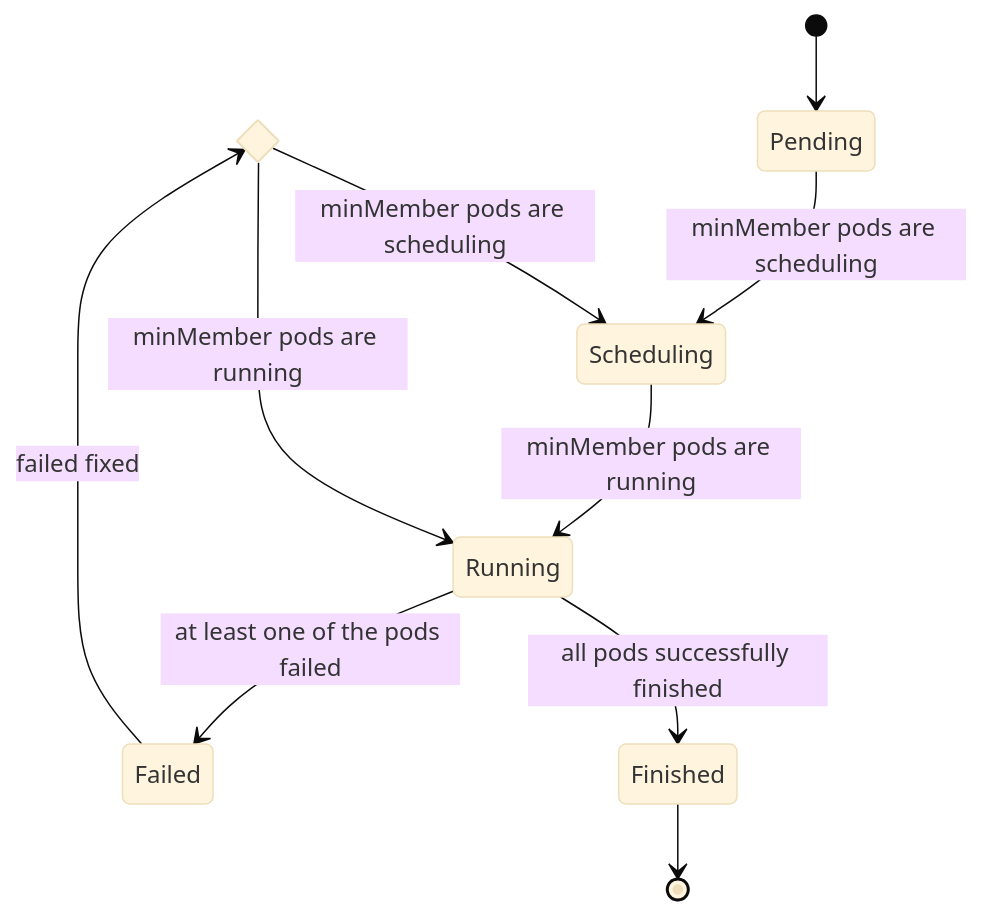
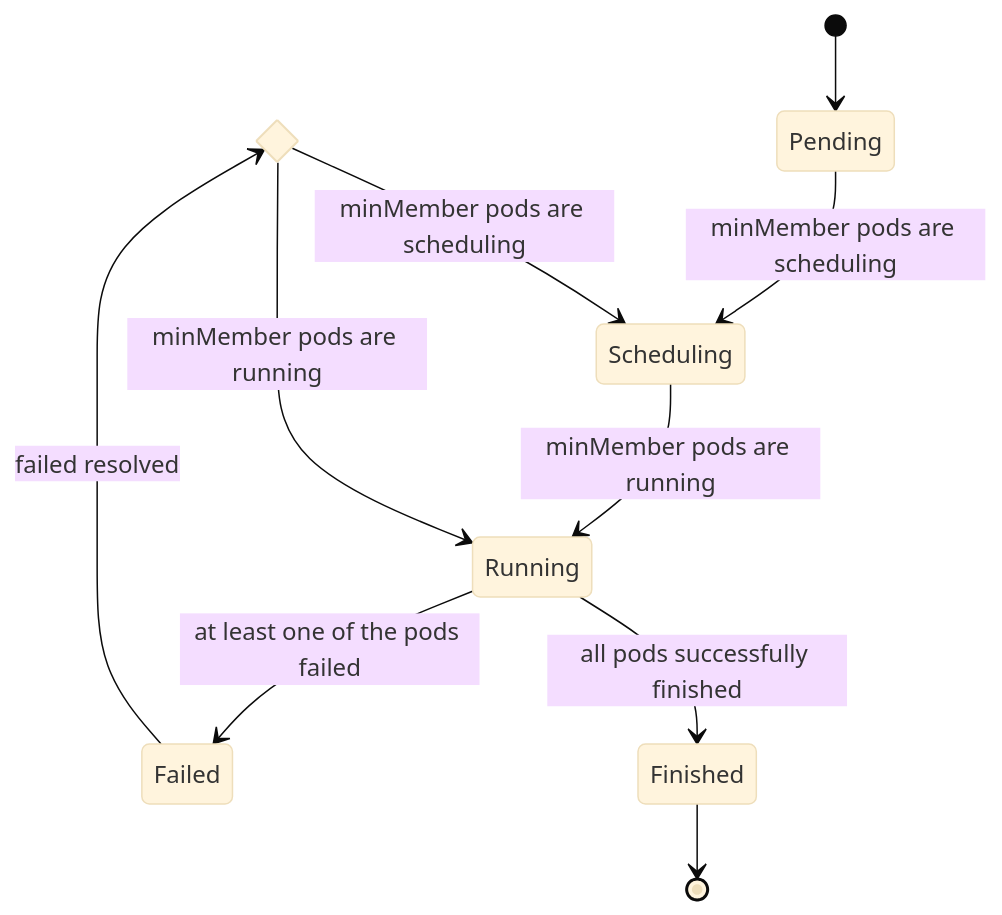
Before and after one commit to kubernetes-sigs/scheduler-plugins: the diagram in kep/42-podgroup-coscheduling/README.md, drawn with Mermaid (base theme).

````diff
--- a/kep/42-podgroup-coscheduling/README.md
+++ b/kep/42-podgroup-coscheduling/README.md
@@ -114,13 +114,13 @@
 ```mermaid
 stateDiagram-v2
 	state if_minMember <<choice>>
     [*] --> Pending
     Pending --> Scheduling: minMember pods are scheduling
     Scheduling --> Running: minMember pods are running
     Running --> Failed: at least one of the pods failed
-    Failed --> if_minMember: failed fixed
+    Failed --> if_minMember: failed resolved
     if_minMember --> Scheduling: minMember pods are scheduling
     if_minMember --> Running: minMember pods are running
     Running --> Finished: all pods successfully finished
     Finished --> [*]
 ```
````
